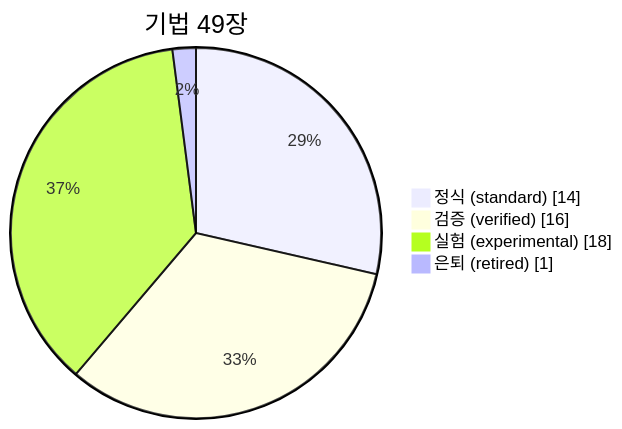
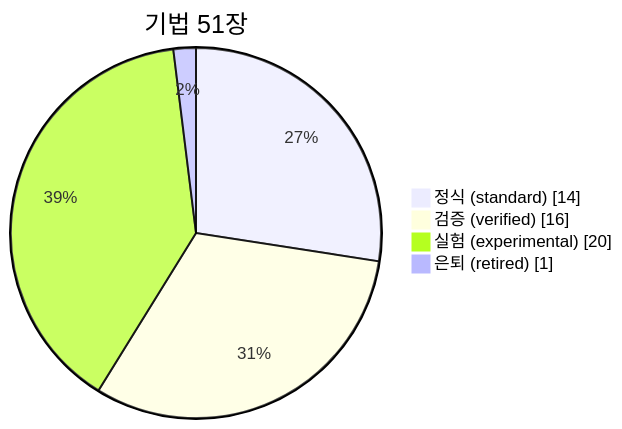
Before and after one commit to csbakk/clone-kb: the diagram in README.md, drawn with Mermaid. The commit also changed other lines of this file and 7 other files, not shown here.

````diff
--- a/README.md
+++ b/README.md
@@ -32,8 +32,8 @@
 ```mermaid
 pie showData
-    title 기법 49장
+    title 기법 51장
     "정식 (standard)" : 14
     "검증 (verified)" : 16
-    "실험 (experimental)" : 18
+    "실험 (experimental)" : 20
     "은퇴 (retired)" : 1
 ```
````
